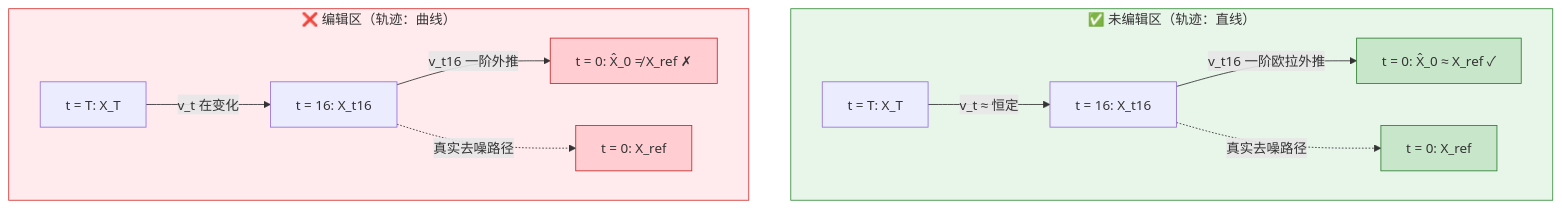
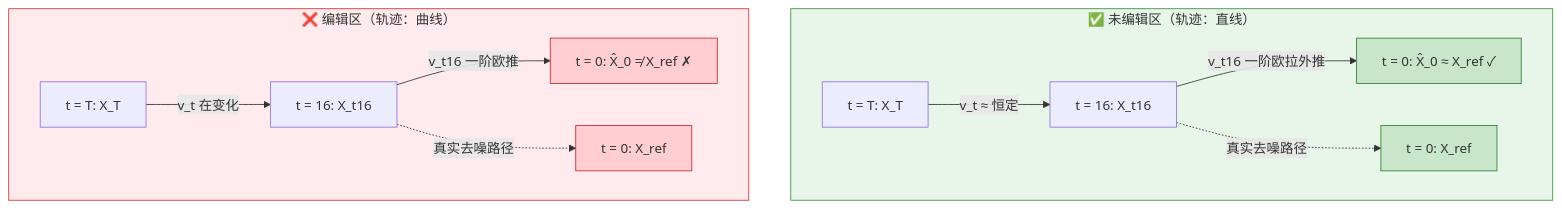
One commit to yikox/mynote changed the second of 7 diagrams in 预研/RegionE图像编辑.md. Above: the diagram before and after it, drawn with Mermaid. The commit also changed other lines of this file and 1 other file, not shown here.

Commit message:
[AI] Update: 预研/RegionE图像编辑.md

````diff
--- a/预研/RegionE图像编辑.md
+++ b/预研/RegionE图像编辑.md
@@ -124,23 +126,23 @@
 ```mermaid
 flowchart TB
     subgraph unedited["✅ 未编辑区（轨迹：直线）"]
         direction LR
         A1["t = T: X_T"] -->|"v_t ≈ 恒定"| A2["t = 16: X_t16"]
         A2 -->|"v_t16 一阶欧拉外推"| A3["t = 0: X̂_0 ≈ X_ref ✓"]
         A2 -.->|"真实去噪路径"| A4["t = 0: X_ref"]
     end
 
     subgraph edited["❌ 编辑区（轨迹：曲线）"]
         direction LR
         B1["t = T: X_T"] -->|"v_t 在变化"| B2["t = 16: X_t16"]
-        B2 -->|"v_t16 一阶外推"| B3["t = 0: X̂_0 ≠ X_ref ✗"]
+        B2 -->|"v_t16 一阶欧推"| B3["t = 0: X̂_0 ≠ X_ref ✗"]
         B2 -.->|"真实去噪路径"| B4["t = 0: X_ref"]
     end
 
     style unedited fill:#e8f5e9,stroke:#388e3c
     style edited   fill:#ffebee,stroke:#d32f2f
     style A3 fill:#c8e6c9,stroke:#2e7d32
     style A4 fill:#c8e6c9,stroke:#2e7d32
     style B3 fill:#ffcdd2,stroke:#c62828
     style B4 fill:#ffcdd2,stroke:#c62828
 ```
````
